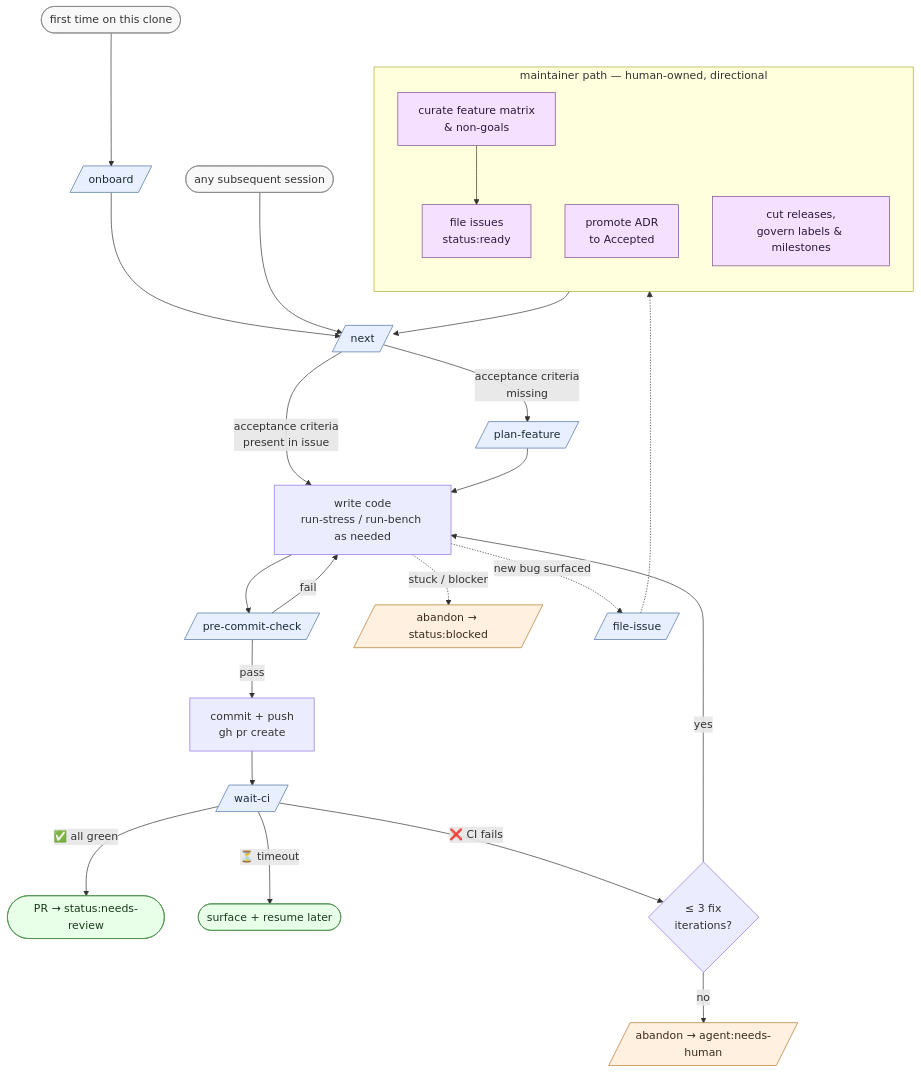
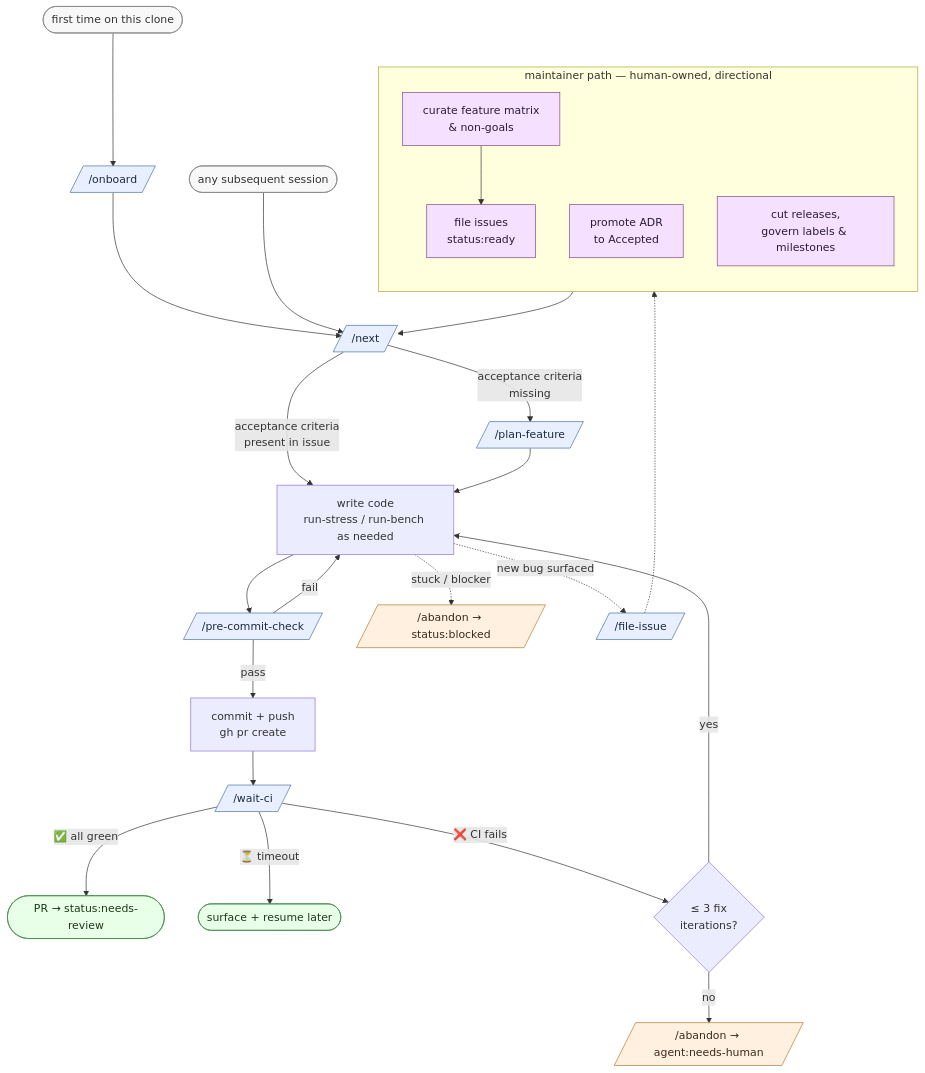
Before and after one commit to mroche14/physa-db: the second of 2 diagrams in README.md, drawn with Mermaid.

Commit message:
docs(readme): show the "/" prefix on Mermaid skill nodes (#69)
Skill nodes in the dev-loop diagram rendered as `onboard`, `next`,
`plan-feature`, etc. — without the `/` prefix that identifies them
as slash commands. A reader who only looks at the diagram can't
tell which boxes are commands to type vs. which are conceptual
activities.

Labels now use quoted strings inside the parallelogram shape so the
literal `/` appears in each skill node: `/onboard`, `/next`,
`/plan-feature`, `/pre-commit-check`, `/wait-ci`, `/file-issue`,
and both `/abandon → …` nodes.

Non-command nodes unchanged: activity rectangles (`write code`,
`commit + push`), terminal states, maintainer cluster, entry nodes,
and the CI-retry decision diamond — none of those are commands.

Closes #68

````diff
--- a/README.md
+++ b/README.md
@@ -150,46 +150,46 @@
 ```mermaid
 flowchart TD
     subgraph maintainer ["maintainer path — human-owned, directional"]
         direction TB
         m1[curate feature matrix<br/>& non-goals] --> m2[file issues<br/>status:ready]
         m3[promote ADR<br/>to Accepted]
         m4[cut releases,<br/>govern labels & milestones]
     end
 
     m2 --> next
 
-    first([first time on this clone]) --> onboard[/onboard/]
-    onboard --> next[/next/]
+    first([first time on this clone]) --> onboard[/"/onboard"/]
+    onboard --> next[/"/next"/]
     repeat([any subsequent session]) --> next
 
     next -->|acceptance criteria<br/>present in issue| code[write code<br/>run-stress / run-bench as needed]
-    next -->|acceptance criteria<br/>missing| plan[/plan-feature/]
+    next -->|acceptance criteria<br/>missing| plan[/"/plan-feature"/]
     plan --> code
 
-    code --> precheck[/pre-commit-check/]
+    code --> precheck[/"/pre-commit-check"/]
     precheck -->|fail| code
     precheck -->|pass| push[commit + push<br/>gh pr create]
-    push --> waitci[/wait-ci/]
+    push --> waitci[/"/wait-ci"/]
 
     waitci -->|✅ all green| review([PR → status:needs-review])
     waitci -->|⏳ timeout| resume([surface + resume later])
     waitci -->|❌ CI fails| retries{≤ 3 fix<br/>iterations?}
 
     retries -->|yes| code
-    retries -->|no| nh[/abandon → agent:needs-human/]
+    retries -->|no| nh[/"/abandon → agent:needs-human"/]
 
-    code -. stuck / blocker .-> blocked[/abandon → status:blocked/]
-    code -. new bug surfaced .-> fileissue[/file-issue/]
+    code -. stuck / blocker .-> blocked[/"/abandon → status:blocked"/]
+    code -. new bug surfaced .-> fileissue[/"/file-issue"/]
     fileissue -.-> m2
 
     classDef skill fill:#e8f0ff,stroke:#4a6fa5,color:#1a2a3a
     classDef terminal fill:#e8ffe8,stroke:#4a8f4a,color:#1a3a1a
     classDef escape fill:#fff0e0,stroke:#b07a2a,color:#3a2a1a
     classDef maint fill:#f5e0ff,stroke:#7a4a8f,color:#2a1a3a
     classDef entry fill:#f8f8f8,stroke:#888,color:#333
     class onboard,next,plan,precheck,waitci,fileissue skill
     class review,resume terminal
     class nh,blocked escape
     class m1,m2,m3,m4 maint
     class first,repeat entry
 ```
````
